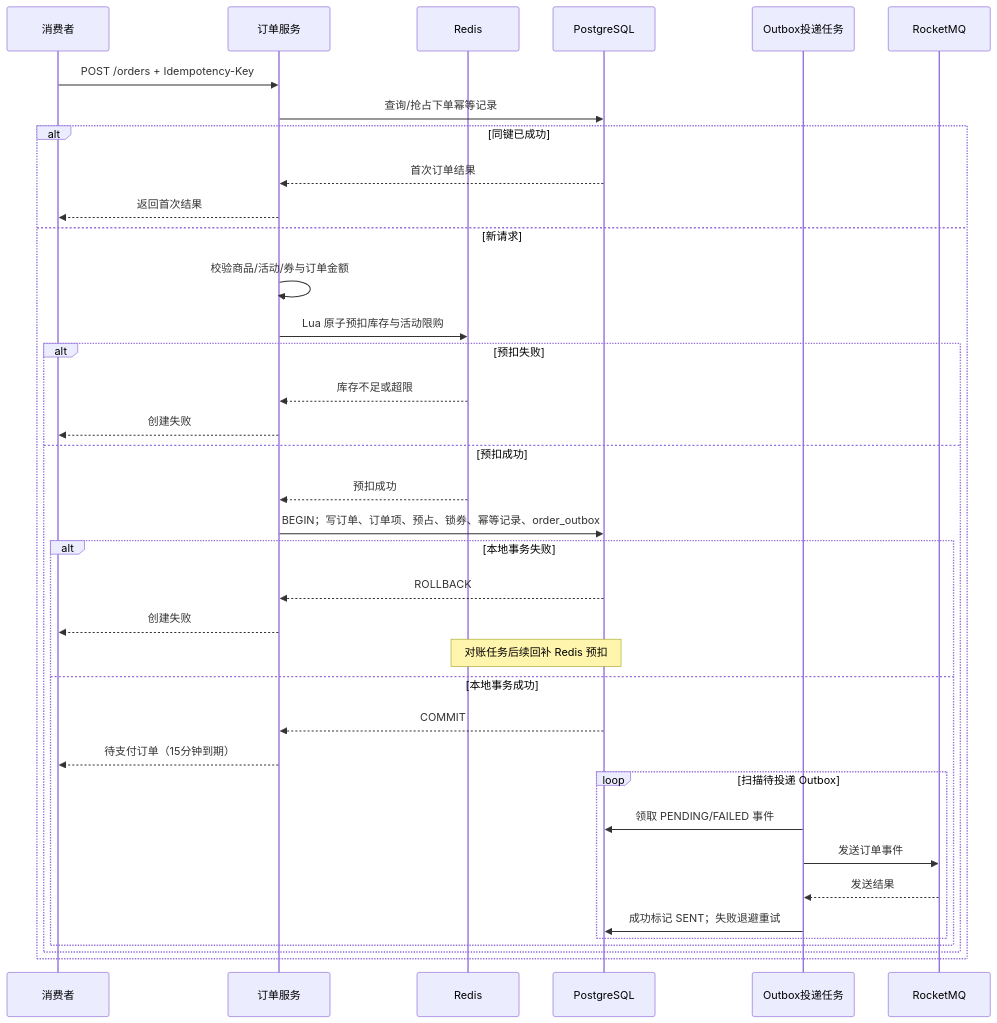
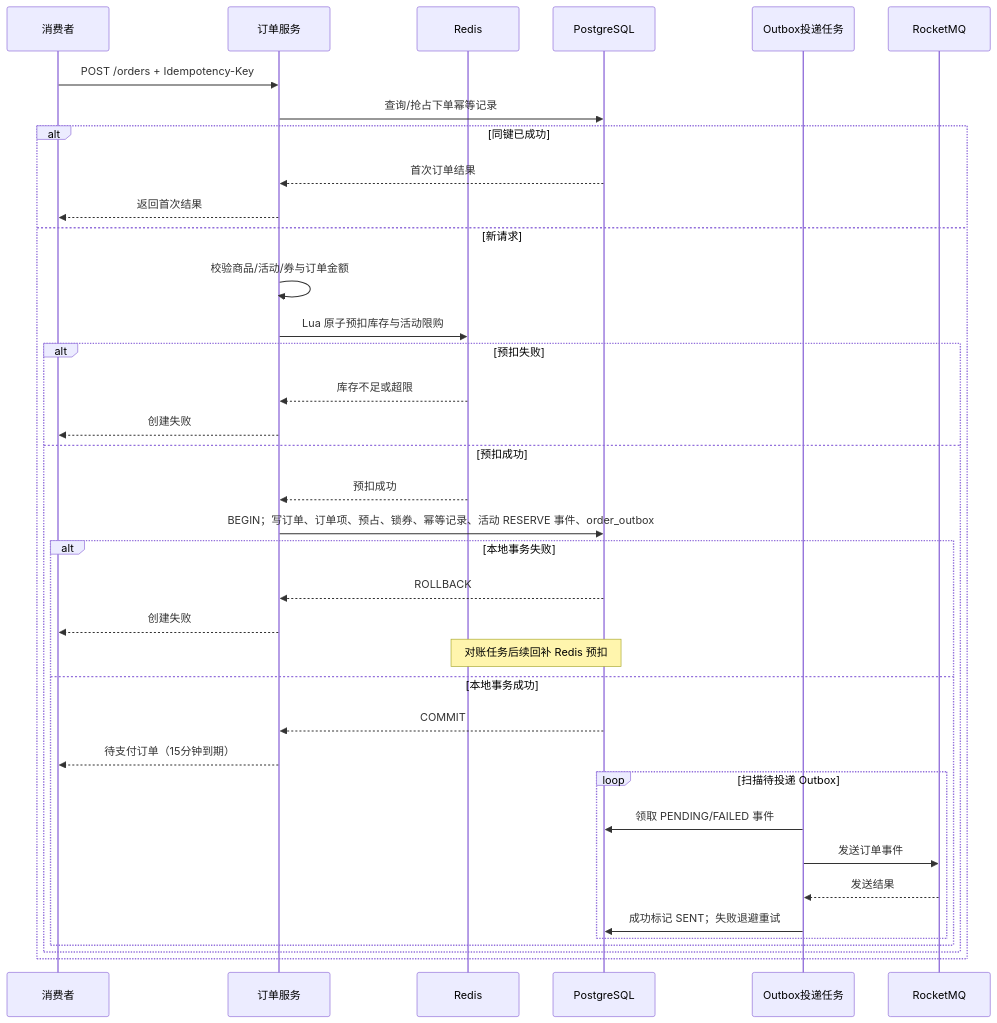
Before and after one commit to NyaRu-Kiss/FlashSale: the seventh of 12 diagrams in docs/sequence-design.md, drawn with Mermaid. The commit also changed other lines of this file and 4 other files, not shown here.

````diff
--- a/docs/sequence-design.md
+++ b/docs/sequence-design.md
@@ -161,40 +221,40 @@
 ```mermaid
 sequenceDiagram
     participant Customer as 消费者
     participant Order as 订单服务
     participant Redis as Redis
     participant DB as PostgreSQL
     participant Timer as Outbox投递任务
     participant MQ as RocketMQ
 
     Customer->>Order: POST /orders + Idempotency-Key
     Order->>DB: 查询/抢占下单幂等记录
     alt 同键已成功
         DB-->>Order: 首次订单结果
         Order-->>Customer: 返回首次结果
     else 新请求
         Order->>Order: 校验商品/活动/券与订单金额
         Order->>Redis: Lua 原子预扣库存与活动限购
         alt 预扣失败
             Redis-->>Order: 库存不足或超限
             Order-->>Customer: 创建失败
         else 预扣成功
             Redis-->>Order: 预扣成功
-            Order->>DB: BEGIN；写订单、订单项、预占、锁券、幂等记录、order_outbox
+            Order->>DB: BEGIN；写订单、订单项、预占、锁券、幂等记录、活动 RESERVE 事件、order_outbox
             alt 本地事务失败
                 DB-->>Order: ROLLBACK
                 Order-->>Customer: 创建失败
                 Note over Redis,DB: 对账任务后续回补 Redis 预扣
             else 本地事务成功
                 DB-->>Order: COMMIT
                 Order-->>Customer: 待支付订单（15分钟到期）
                 loop 扫描待投递 Outbox
                     Timer->>DB: 领取 PENDING/FAILED 事件
                     Timer->>MQ: 发送订单事件
                     MQ-->>Timer: 发送结果
                     Timer->>DB: 成功标记 SENT；失败退避重试
                 end
             end
         end
     end
 ```
````
